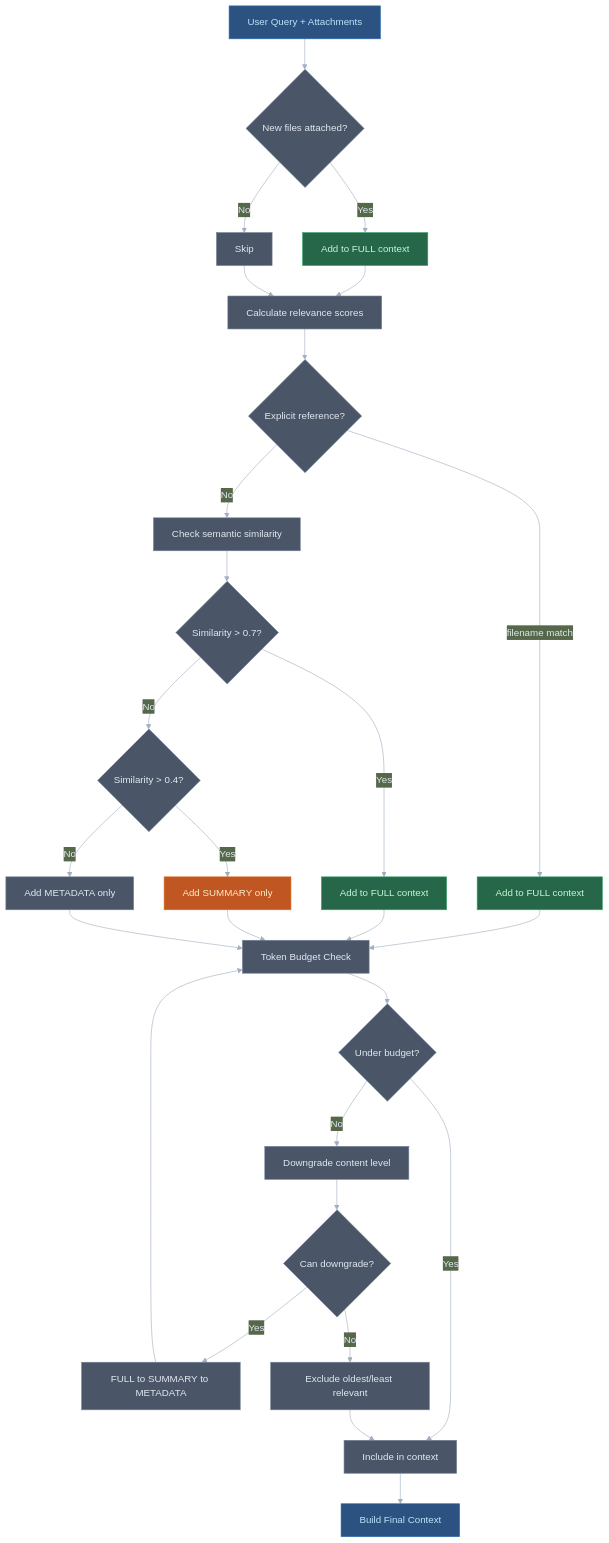
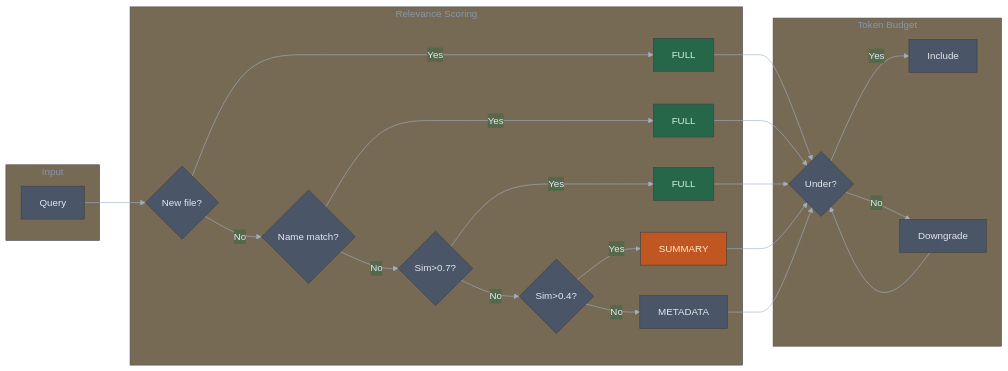
One commit to manumishra-zm/execution_plan changed the sixth of 17 diagrams in chat_context/chat_context.md. Above: the diagram before and after it, drawn with Mermaid. The commit also changed other lines of this file, not shown here.

````diff
--- a/chat_context/chat_context.md
+++ b/chat_context/chat_context.md
@@ -255,48 +162,29 @@
 ```mermaid
-%%{init: {'theme': 'base', 'themeVariables': { 'primaryColor': '#4a5568', 'primaryTextColor': '#e2e8f0', 'primaryBorderColor': '#718096', 'lineColor': '#a0aec0'}}}%%
-flowchart TD
-    START[User Query + Attachments] --> A{New files attached?}
-
-    A -->|Yes| B[Add to FULL context]
-    A -->|No| C[Skip]
-
-    B --> D[Calculate relevance scores]
-    C --> D
-
-    D --> E{Explicit reference?}
-    E -->|"filename match"| F[Add to FULL context]
-    E -->|No| G[Check semantic similarity]
-
-    G --> H{Similarity > 0.7?}
-    H -->|Yes| I[Add to FULL context]
-    H -->|No| J{Similarity > 0.4?}
-
-    J -->|Yes| K[Add SUMMARY only]
-    J -->|No| L[Add METADATA only]
-
-    F --> M[Token Budget Check]
-    I --> M
-    K --> M
-    L --> M
-
-    M --> N{Under budget?}
-    N -->|Yes| O[Include in context]
-    N -->|No| P[Downgrade content level]
-
-    P --> Q{Can downgrade?}
-    Q -->|Yes| R["FULL to SUMMARY to METADATA"]
-    Q -->|No| S[Exclude oldest/least relevant]
-
-    R --> M
-    S --> O
-
-    O --> END[Build Final Context]
-
-    style B fill:#276749,color:#c6f6d5,stroke:#38a169
-    style F fill:#276749,color:#c6f6d5,stroke:#38a169
-    style I fill:#276749,color:#c6f6d5,stroke:#38a169
-    style K fill:#c05621,color:#feebc8,stroke:#dd6b20
-    style L fill:#4a5568,color:#e2e8f0,stroke:#718096
-    style START fill:#2c5282,color:#bee3f8,stroke:#2b6cb0
-    style END fill:#2c5282,color:#bee3f8,stroke:#2b6cb0
+%%{init: {'theme': 'base', 'themeVariables': { 'primaryColor': '#4a5568', 'primaryTextColor': '#e2e8f0', 'lineColor': '#a0aec0'}}}%%
+flowchart LR
+    subgraph Input
+        Q[Query]
+    end
+    subgraph Score["Relevance Scoring"]
+        S1{New file?} -->|Yes| FULL1[FULL]
+        S1 -->|No| S2{Name match?}
+        S2 -->|Yes| FULL2[FULL]
+        S2 -->|No| S3{Sim>0.7?}
+        S3 -->|Yes| FULL3[FULL]
+        S3 -->|No| S4{Sim>0.4?}
+        S4 -->|Yes| SUM[SUMMARY]
+        S4 -->|No| META[METADATA]
+    end
+    subgraph Budget["Token Budget"]
+        B1{Under?} -->|Yes| OK[Include]
+        B1 -->|No| DG[Downgrade]
+        DG --> B1
+    end
+    Q --> S1
+    FULL1 & FULL2 & FULL3 & SUM & META --> B1
+    style FULL1 fill:#276749,color:#c6f6d5
+    style FULL2 fill:#276749,color:#c6f6d5
+    style FULL3 fill:#276749,color:#c6f6d5
+    style SUM fill:#c05621,color:#feebc8
+    style META fill:#4a5568,color:#e2e8f0
 ```
````
